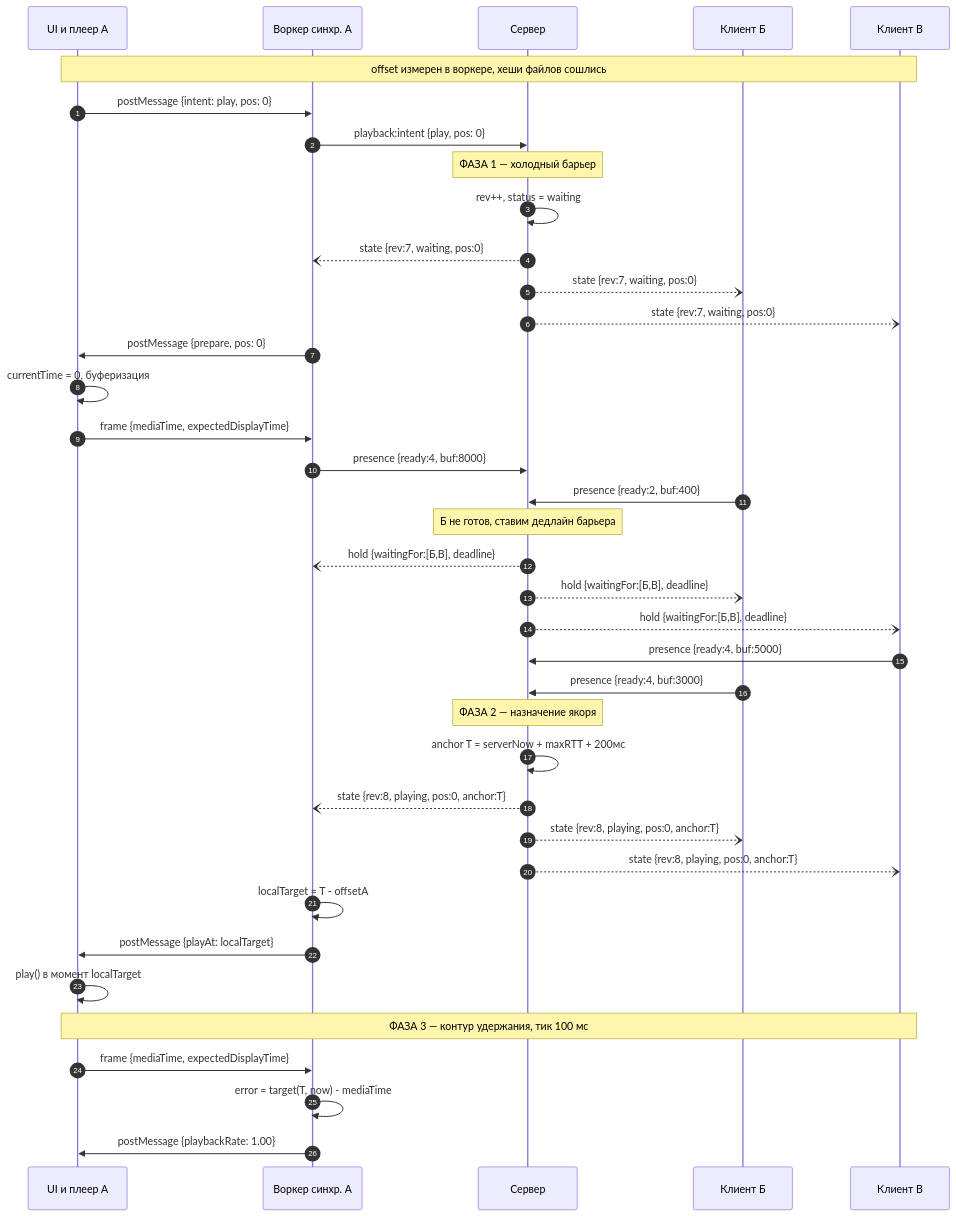
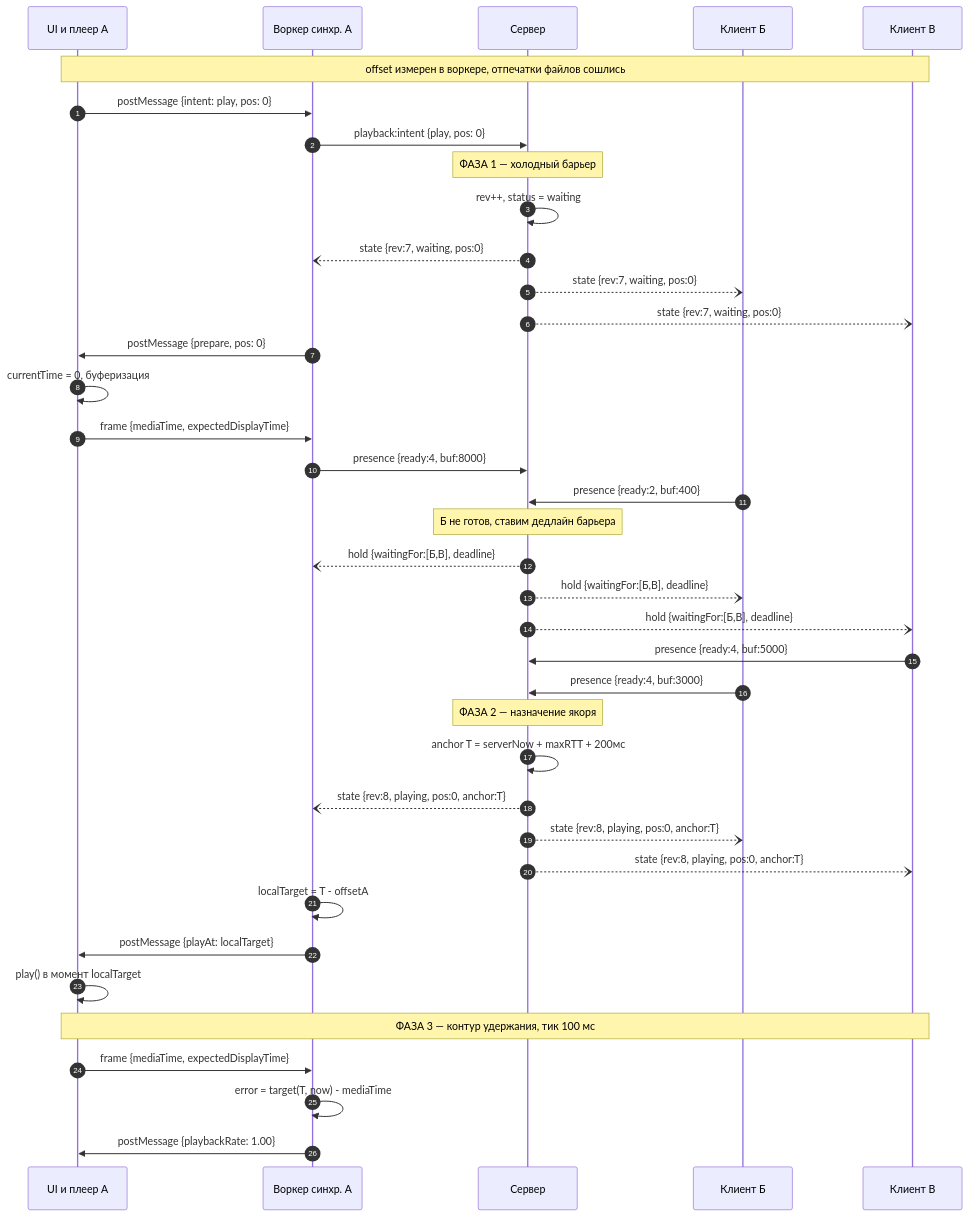
The diagram in docs/sync-start.md (trybenon/web-dev), drawn with Mermaid before and after one commit. The commit also changed other lines of this file and 6 other files, not shown here.

````diff
--- a/docs/sync-start.md
+++ b/docs/sync-start.md
@@ -4,40 +4,40 @@
 ```mermaid
 sequenceDiagram
     autonumber
     participant UA as UI и плеер А
     participant WA as Воркер синхр. А
     participant S as Сервер
     participant B as Клиент Б
     participant C as Клиент В
-    Note over UA,C: offset измерен в воркере, хеши файлов сошлись
+    Note over UA,C: offset измерен в воркере, отпечатки файлов сошлись
     UA->>WA: postMessage {intent: play, pos: 0}
     WA->>S: playback:intent {play, pos: 0}
     Note over S: ФАЗА 1 — холодный барьер
     S->>S: rev++, status = waiting
     S--)WA: state {rev:7, waiting, pos:0}
     S--)B: state {rev:7, waiting, pos:0}
     S--)C: state {rev:7, waiting, pos:0}
     WA->>UA: postMessage {prepare, pos: 0}
     UA->>UA: currentTime = 0, буферизация
     UA->>WA: frame {mediaTime, expectedDisplayTime}
     WA->>S: presence {ready:4, buf:8000}
     B->>S: presence {ready:2, buf:400}
     Note over S: Б не готов, ставим дедлайн барьера
     S--)WA: hold {waitingFor:[Б,В], deadline}
     S--)B: hold {waitingFor:[Б,В], deadline}
     S--)C: hold {waitingFor:[Б,В], deadline}
     C->>S: presence {ready:4, buf:5000}
     B->>S: presence {ready:4, buf:3000}
     Note over S: ФАЗА 2 — назначение якоря
     S->>S: anchor T = serverNow + maxRTT + 200мс
     S--)WA: state {rev:8, playing, pos:0, anchor:T}
     S--)B: state {rev:8, playing, pos:0, anchor:T}
     S--)C: state {rev:8, playing, pos:0, anchor:T}
     WA->>WA: localTarget = T - offsetA
     WA->>UA: postMessage {playAt: localTarget}
     UA->>UA: play() в момент localTarget
     Note over UA,C: ФАЗА 3 — контур удержания, тик 100 мс
     UA->>WA: frame {mediaTime, expectedDisplayTime}
     WA->>WA: error = target(T, now) - mediaTime
     WA->>UA: postMessage {playbackRate: 1.00}
 ```
````
